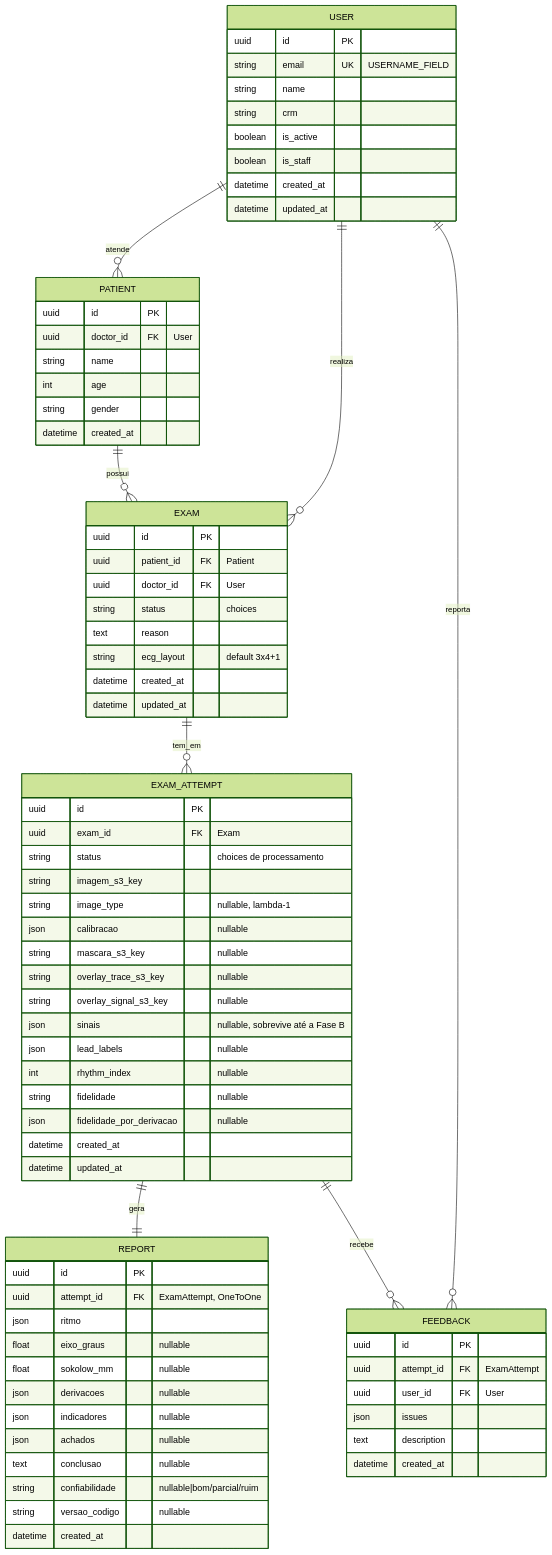
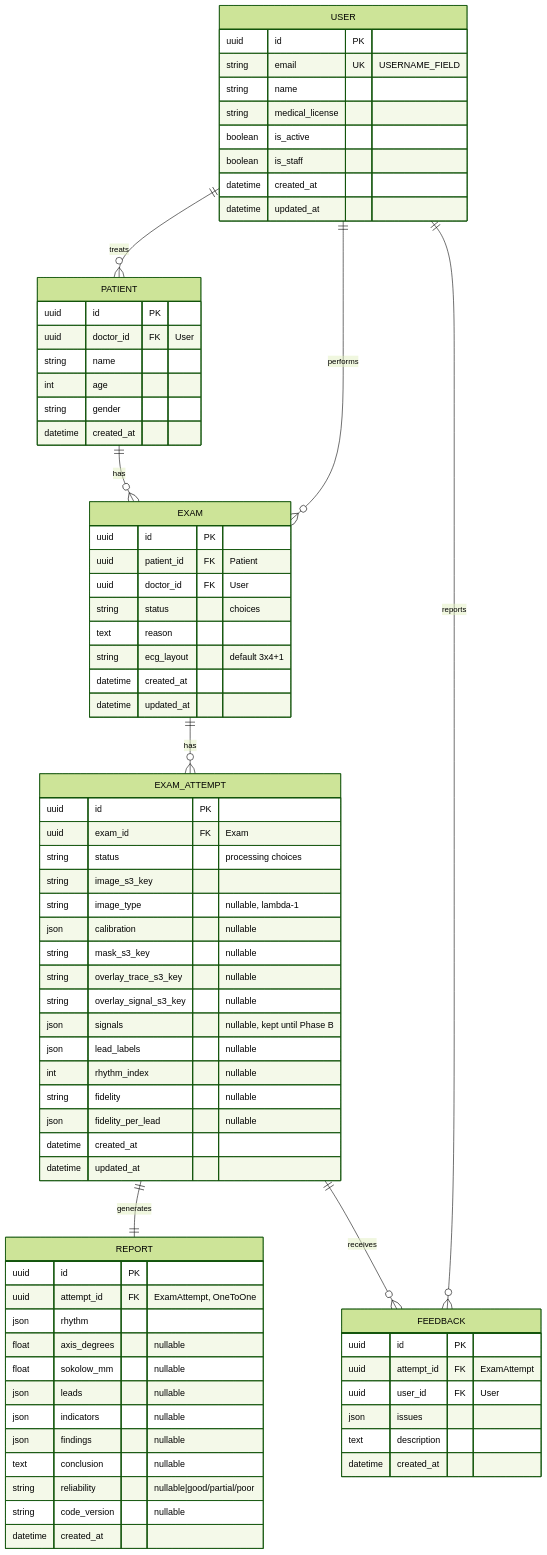
Before and after one commit to trustedlake/ecg-reader: the second of 5 diagrams in apps/web/docs/architecture.md, drawn with Mermaid (forest theme). The commit also changed other lines of this file and 51 other files, not shown here.

````diff
--- a/apps/web/docs/architecture.md
+++ b/apps/web/docs/architecture.md
@@ -128,79 +127,79 @@
 ```mermaid
 erDiagram
-    USER ||--o{ PATIENT : "atende"
-    USER ||--o{ EXAM : "realiza"
-    USER ||--o{ FEEDBACK : "reporta"
-    PATIENT ||--o{ EXAM : "possui"
-    EXAM ||--o{ EXAM_ATTEMPT : "tem_em"
-    EXAM_ATTEMPT ||--|| REPORT : "gera"
-    EXAM_ATTEMPT ||--o{ FEEDBACK : "recebe"
+    USER ||--o{ PATIENT : "treats"
+    USER ||--o{ EXAM : "performs"
+    USER ||--o{ FEEDBACK : "reports"
+    PATIENT ||--o{ EXAM : "has"
+    EXAM ||--o{ EXAM_ATTEMPT : "has"
+    EXAM_ATTEMPT ||--|| REPORT : "generates"
+    EXAM_ATTEMPT ||--o{ FEEDBACK : "receives"
 
     USER {
         uuid id PK
         string email UK "USERNAME_FIELD"
         string name
-        string crm
+        string medical_license
         boolean is_active
         boolean is_staff
         datetime created_at
         datetime updated_at
     }
     PATIENT {
         uuid id PK
         uuid doctor_id FK "User"
         string name
         int age
         string gender
         datetime created_at
     }
     EXAM {
         uuid id PK
         uuid patient_id FK "Patient"
         uuid doctor_id FK "User"
         string status "choices"
         text reason
         string ecg_layout "default 3x4+1"
         datetime created_at
         datetime updated_at
     }
     EXAM_ATTEMPT {
         uuid id PK
         uuid exam_id FK "Exam"
-        string status "choices de processamento"
-        string imagem_s3_key
+        string status "processing choices"
+        string image_s3_key
         string image_type "nullable, lambda-1"
-        json calibracao "nullable"
-        string mascara_s3_key "nullable"
+        json calibration "nullable"
+        string mask_s3_key "nullable"
         string overlay_trace_s3_key "nullable"
         string overlay_signal_s3_key "nullable"
-        json sinais "nullable, sobrevive até a Fase B"
+        json signals "nullable, kept until Phase B"
         json lead_labels "nullable"
         int rhythm_index "nullable"
-        string fidelidade "nullable"
-        json fidelidade_por_derivacao "nullable"
+        string fidelity "nullable"
+        json fidelity_per_lead "nullable"
         datetime created_at
         datetime updated_at
     }
     REPORT {
         uuid id PK
         uuid attempt_id FK "ExamAttempt, OneToOne"
-        json ritmo
-        float eixo_graus "nullable"
+        json rhythm
+        float axis_degrees "nullable"
         float sokolow_mm "nullable"
-        json derivacoes "nullable"
-        json indicadores "nullable"
-        json achados "nullable"
-        text conclusao "nullable"
-        string confiabilidade "nullable|bom/parcial/ruim"
-        string versao_codigo "nullable"
+        json leads "nullable"
+        json indicators "nullable"
+        json findings "nullable"
+        text conclusion "nullable"
+        string reliability "nullable|good/partial/poor"
+        string code_version "nullable"
         datetime created_at
     }
     FEEDBACK {
         uuid id PK
         uuid attempt_id FK "ExamAttempt"
         uuid user_id FK "User"
         json issues
         text description
         datetime created_at
     }
 ```
````
